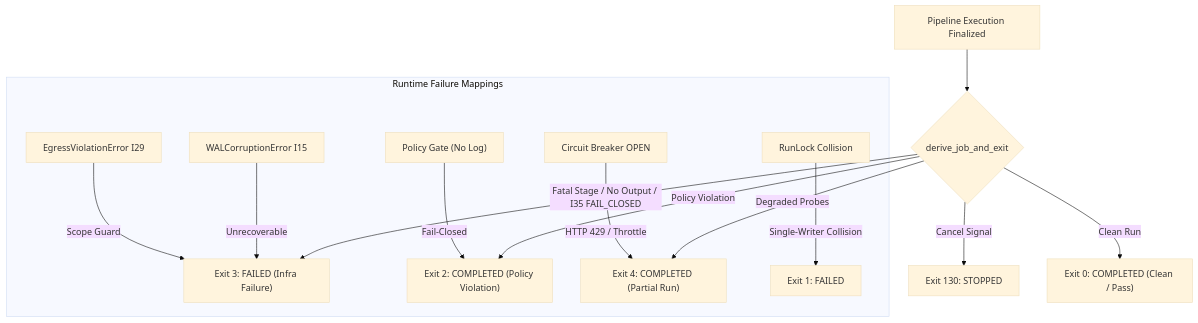
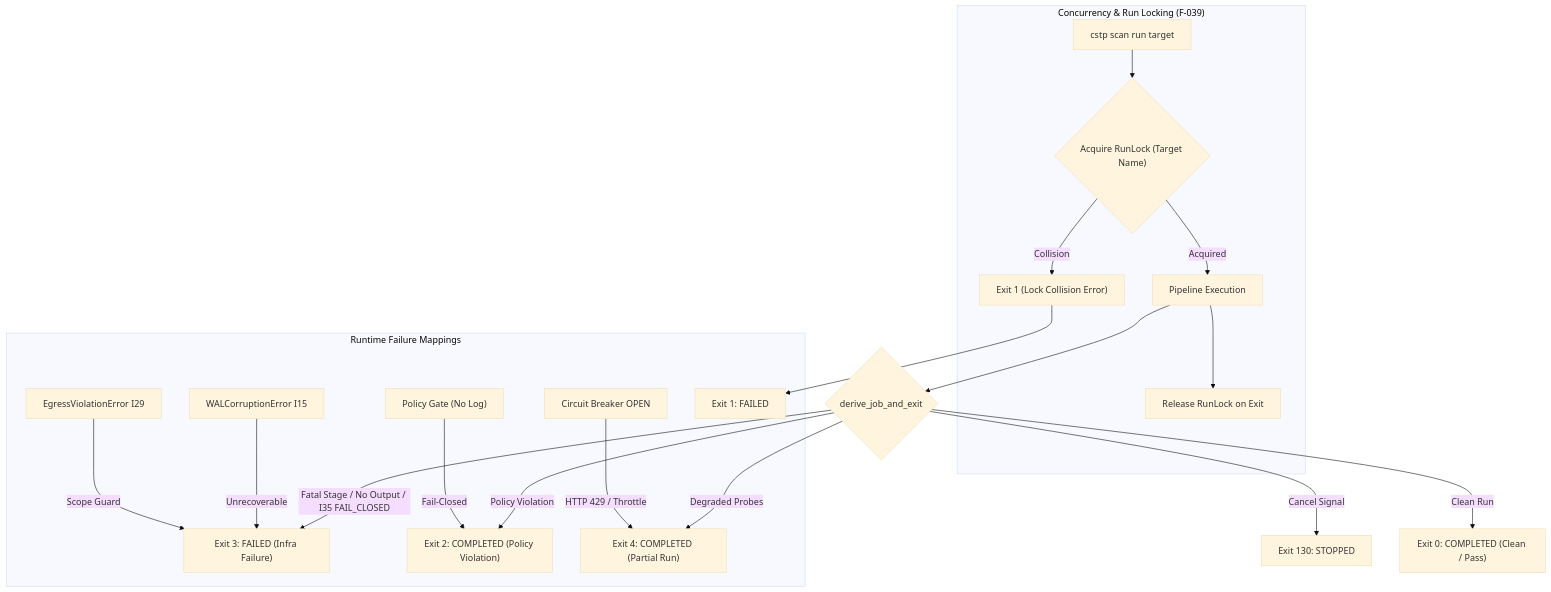
The eighth of 14 diagrams in docs/flowchart.md (AviralGup7/Singularity-Zero), drawn with Mermaid (base theme) before and after one commit. The commit also changed other lines of this file, not shown here.

````diff
--- a/docs/flowchart.md
+++ b/docs/flowchart.md
@@ -431,17 +475,24 @@
 ```mermaid
 flowchart TD
-    Run["Pipeline Execution Finalized"]:::impl --> Precedence{"derive_job_and_exit"}:::impl
+    subgraph Concurrency["Concurrency & Run Locking (F-039)"]
+        ScanReq["cstp scan run target"]:::impl --> Acquire{"Acquire RunLock (Target Name)"}:::impl
+        Acquire -->|Collision| CollisionExit["Exit 1 (Lock Collision Error)"]:::forbidden
+        Acquire -->|Acquired| Run["Pipeline Execution"]:::impl
+        Run --> ReleaseLock["Release RunLock on Exit"]:::impl
+    end
+
+    Run --> Precedence{"derive_job_and_exit"}:::impl
     Precedence -->|Cancel Signal| Exit130["Exit 130: STOPPED"]:::impl
     Precedence -->|Fatal Stage / No Output / I35 FAIL_CLOSED| Exit3["Exit 3: FAILED (Infra Failure)"]:::impl
     Precedence -->|Policy Violation| Exit2["Exit 2: COMPLETED (Policy Violation)"]:::impl
     Precedence -->|Degraded Probes| Exit4["Exit 4: COMPLETED (Partial Run)"]:::impl
     Precedence -->|Clean Run| Exit0["Exit 0: COMPLETED (Clean / Pass)"]:::impl
     
     subgraph ErrorMap["Runtime Failure Mappings"]
         CB["Circuit Breaker OPEN"]:::forbidden -->|"HTTP 429 / Throttle"| Exit4
         WAL["WALCorruptionError I15"]:::forbidden -->|"Unrecoverable"| Exit3
         Pol["Policy Gate (No Log)"]:::forbidden -->|"Fail-Closed"| Exit2
         Egress["EgressViolationError I29"]:::forbidden -->|"Scope Guard"| Exit3
-        Lock["RunLock Collision"]:::forbidden -->|"Single-Writer Collision"| Exit1["Exit 1: FAILED"]:::impl
+        CollisionExit --> Exit1["Exit 1: FAILED"]:::impl
     end
 ```
````
